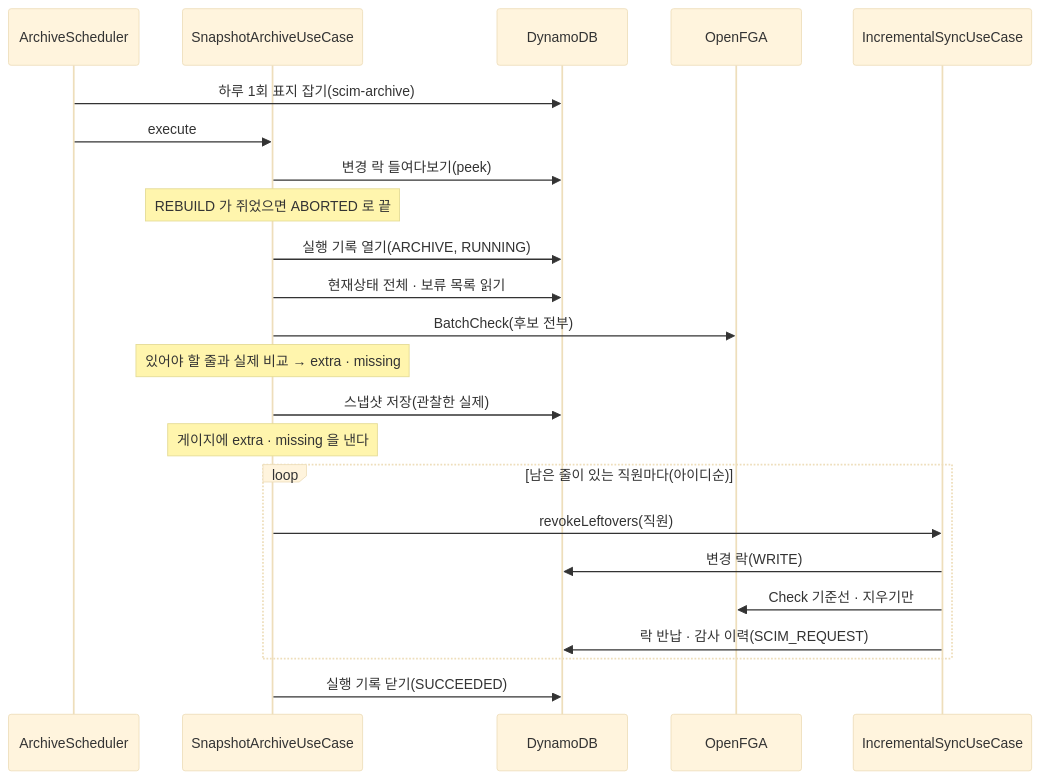
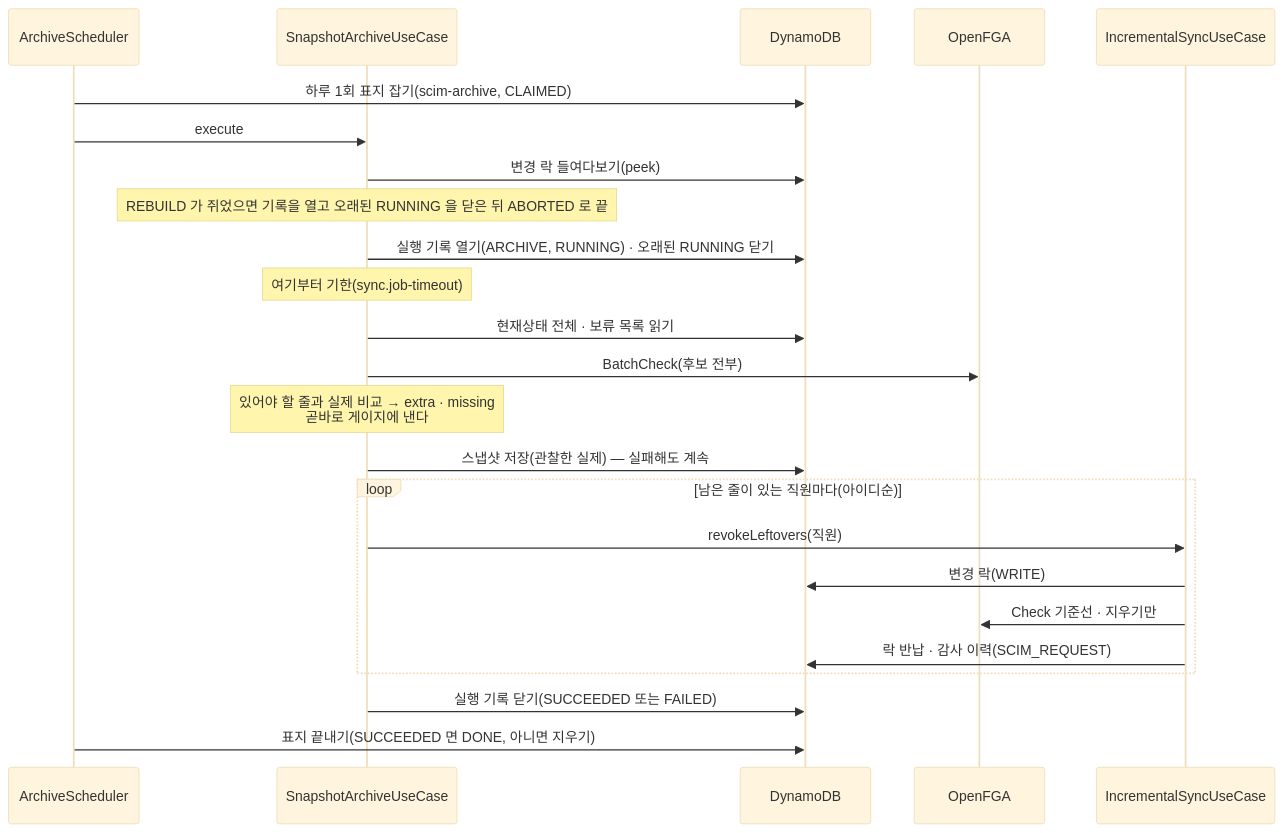
Before and after one commit to starryeye/organization: the third of 3 diagrams in docs/onboarding/07-재적재-초기화-아카이빙.md, drawn with Mermaid (base theme). The commit also changed other lines of this file and 15 other files, not shown here.

````diff
--- a/docs/onboarding/07-재적재-초기화-아카이빙.md
+++ b/docs/onboarding/07-재적재-초기화-아카이빙.md
@@ -458,26 +460,27 @@
 ```mermaid
 sequenceDiagram
     participant Sch as ArchiveScheduler
     participant Arc as SnapshotArchiveUseCase
     participant DDB as DynamoDB
     participant FGA as OpenFGA
     participant Inc as IncrementalSyncUseCase
 
-    Sch->>DDB: 하루 1회 표지 잡기(scim-archive)
+    Sch->>DDB: 하루 1회 표지 잡기(scim-archive, CLAIMED)
     Sch->>Arc: execute
     Arc->>DDB: 변경 락 들여다보기(peek)
-    Note over Arc: REBUILD 가 쥐었으면 ABORTED 로 끝
-    Arc->>DDB: 실행 기록 열기(ARCHIVE, RUNNING)
+    Note over Arc: REBUILD 가 쥐었으면 기록을 열고 오래된 RUNNING 을 닫은 뒤 ABORTED 로 끝
+    Arc->>DDB: 실행 기록 열기(ARCHIVE, RUNNING) · 오래된 RUNNING 닫기
+    Note over Arc: 여기부터 기한(sync.job-timeout)
     Arc->>DDB: 현재상태 전체 · 보류 목록 읽기
     Arc->>FGA: BatchCheck(후보 전부)
-    Note over Arc: 있어야 할 줄과 실제 비교 → extra · missing
-    Arc->>DDB: 스냅샷 저장(관찰한 실제)
-    Note over Arc: 게이지에 extra · missing 을 낸다
+    Note over Arc: 있어야 할 줄과 실제 비교 → extra · missing<br/>곧바로 게이지에 낸다
+    Arc->>DDB: 스냅샷 저장(관찰한 실제) — 실패해도 계속
     loop 남은 줄이 있는 직원마다(아이디순)
         Arc->>Inc: revokeLeftovers(직원)
         Inc->>DDB: 변경 락(WRITE)
         Inc->>FGA: Check 기준선 · 지우기만
         Inc->>DDB: 락 반납 · 감사 이력(SCIM_REQUEST)
     end
-    Arc->>DDB: 실행 기록 닫기(SUCCEEDED)
+    Arc->>DDB: 실행 기록 닫기(SUCCEEDED 또는 FAILED)
+    Sch->>DDB: 표지 끝내기(SUCCEEDED 면 DONE, 아니면 지우기)
 ```
````
